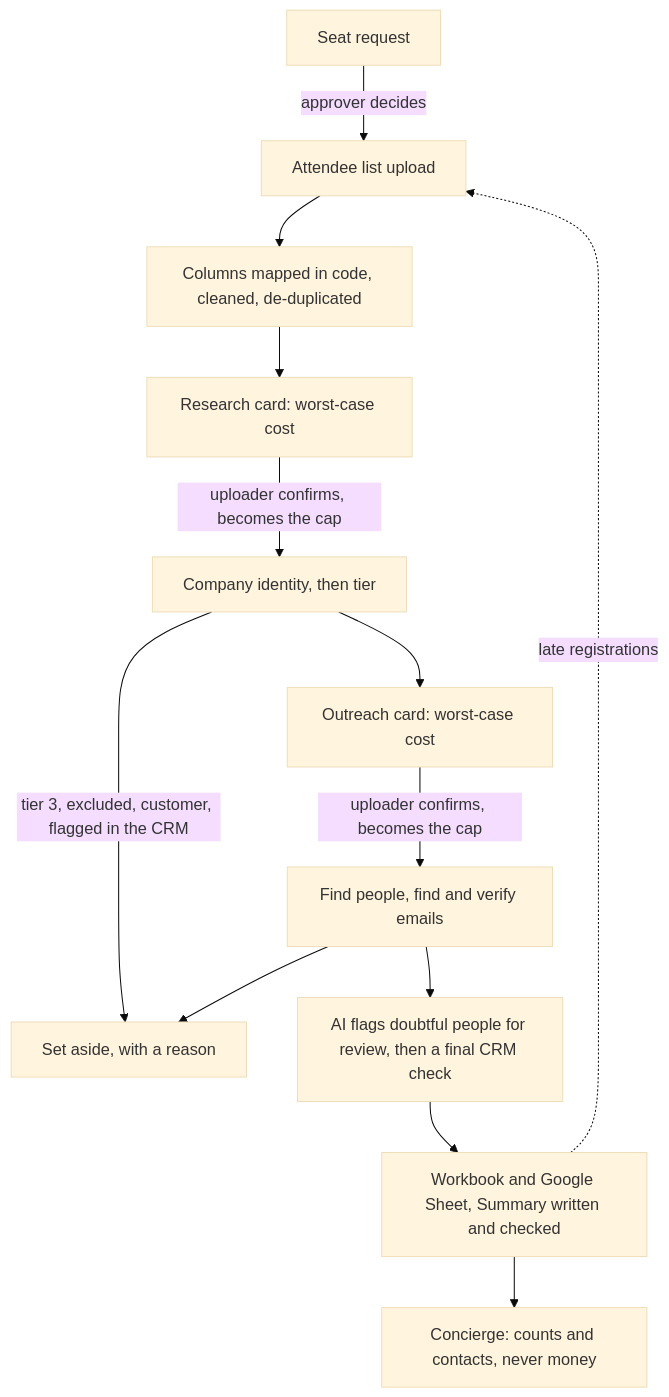
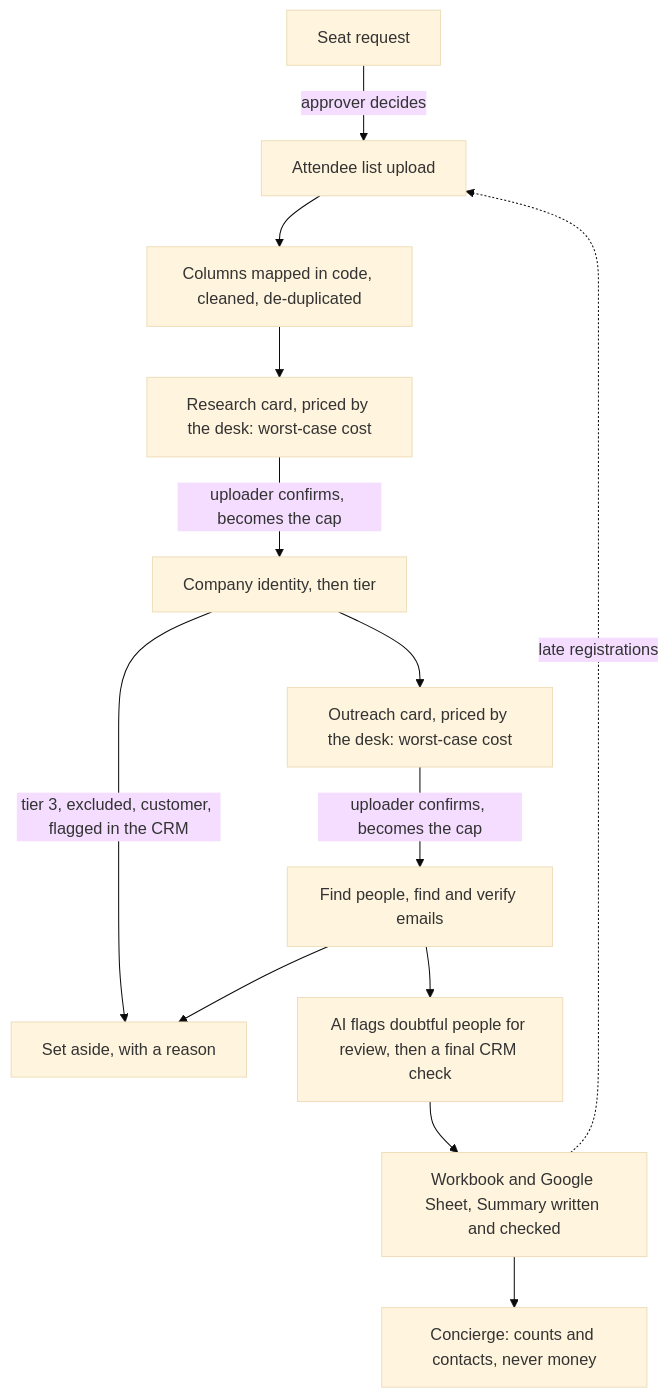
Before and after one commit to bryanacevedo/events-desk: the diagram in README.md, drawn with Mermaid (base theme). The commit also changed other lines of this file and 11 other files, not shown here.

````diff
--- a/README.md
+++ b/README.md
@@ -31,15 +31,15 @@
 ```mermaid
 flowchart TD
   A[Seat request] -->|approver decides| B[Attendee list upload]
   B --> C[Columns mapped in code, cleaned, de-duplicated]
-  C --> D[Research card: worst-case cost]
+  C --> D[Research card, priced by the desk: worst-case cost]
   D -->|uploader confirms, becomes the cap| E[Company identity, then tier]
   E -->|tier 3, excluded, customer, flagged in the CRM| X[Set aside, with a reason]
-  E --> F[Outreach card: worst-case cost]
+  E --> F[Outreach card, priced by the desk: worst-case cost]
   F -->|uploader confirms, becomes the cap| G[Find people, find and verify emails]
   G --> X
   G --> H[AI flags doubtful people for review, then a final CRM check]
   H --> I[Workbook and Google Sheet, Summary written and checked]
   I --> J[Concierge: counts and contacts, never money]
   I -.->|late registrations| B
 ```
````
